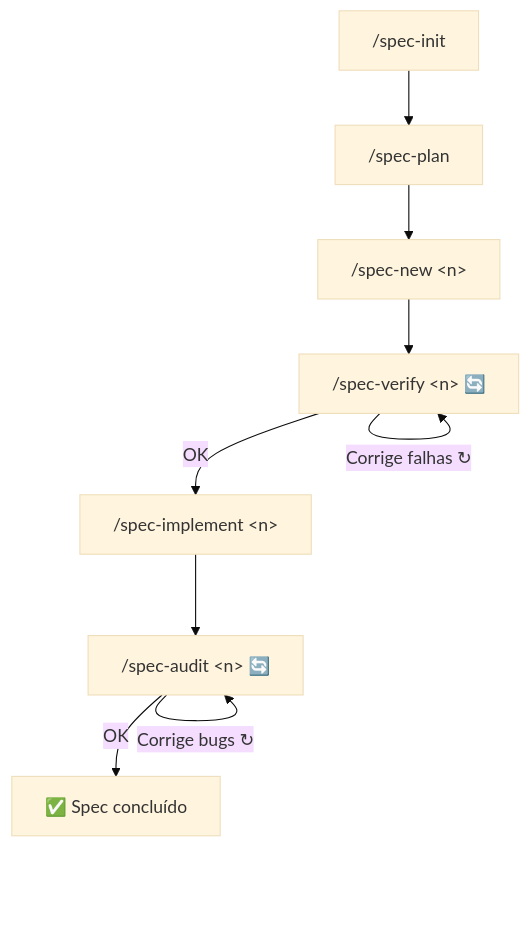
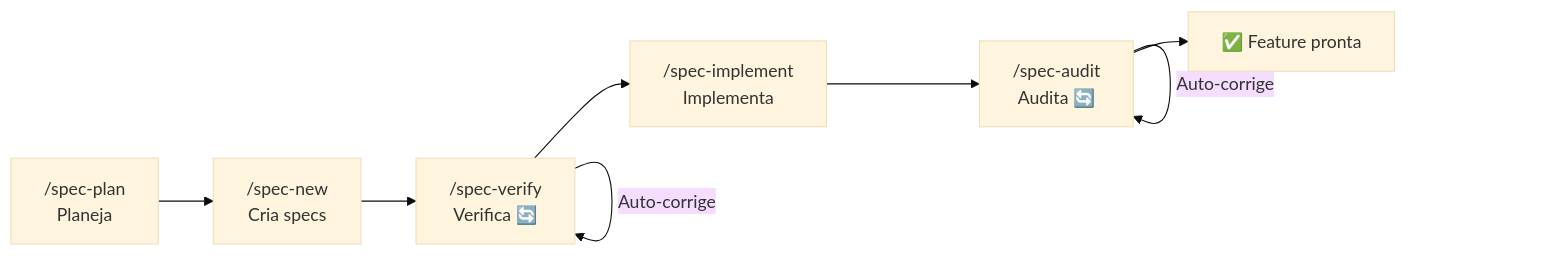
The diagram in README.md (andrelncampos/dscode-public), drawn with Mermaid (base theme) before and after one commit. The commit also changed other lines of this file and 4 other files, not shown here.

````diff
--- a/README.md
+++ b/README.md
@@ -471,11 +33,10 @@
 ```mermaid
-flowchart TD
-    INIT["/spec-init"] --> PLAN["/spec-plan"]
-    PLAN --> NEW["/spec-new &lt;n&gt;"]
-    NEW --> VERIFY["/spec-verify &lt;n&gt; 🔄"]
-    VERIFY -->|OK| IMPL["/spec-implement &lt;n&gt;"]
-    VERIFY -->|"Corrige falhas ↻"| VERIFY
-    IMPL --> AUDIT["/spec-audit &lt;n&gt; 🔄"]
-    AUDIT -->|OK| DONE[✅ Spec concluído]
-    AUDIT -->|"Corrige bugs ↻"| AUDIT
+flowchart LR
+    P["/spec-plan<br/>Planeja"] --> N["/spec-new<br/>Cria specs"]
+    N --> V["/spec-verify<br/>Verifica 🔄"]
+    V -->|"Auto-corrige"| V
+    V --> I["/spec-implement<br/>Implementa"]
+    I --> A["/spec-audit<br/>Audita 🔄"]
+    A -->|"Auto-corrige"| A
+    A --> D[✅ Feature pronta]
 ```
````
